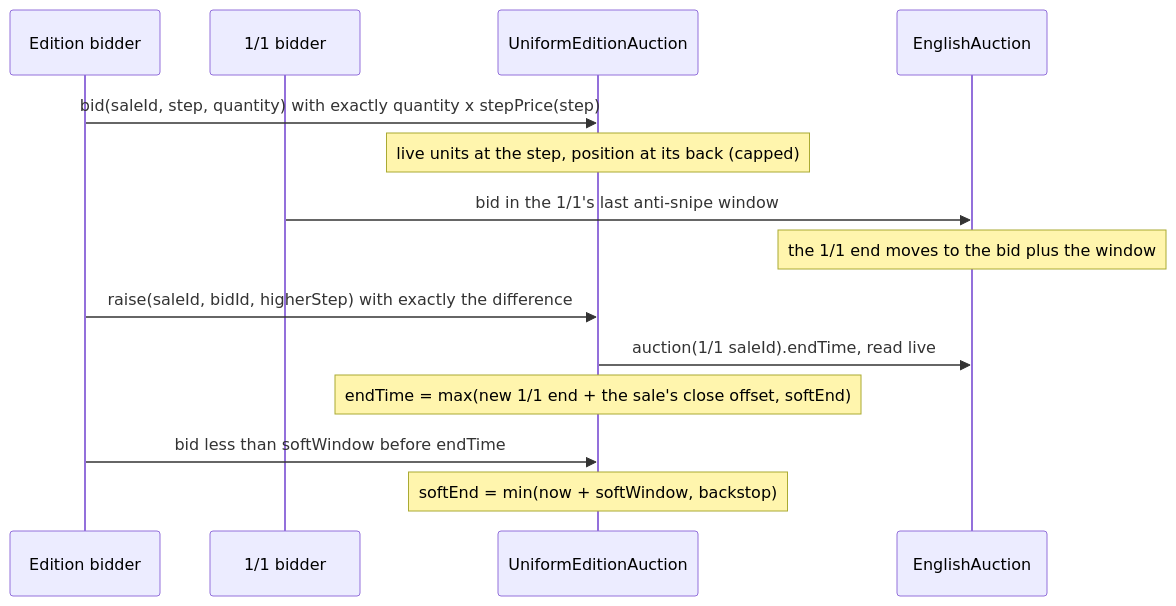
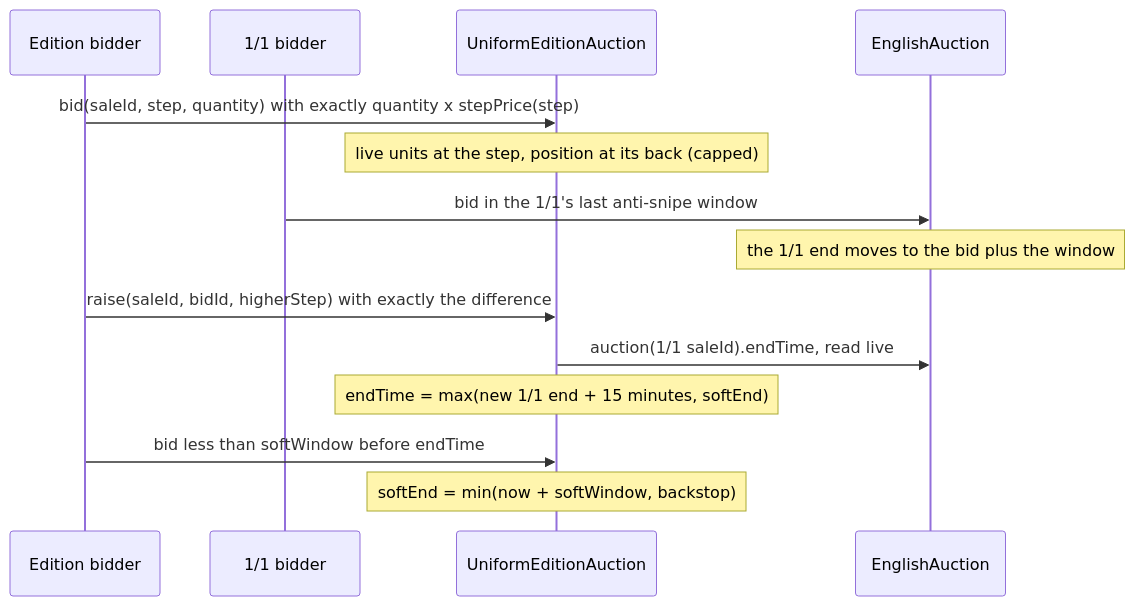
Before and after one commit to 6529-Collections/6529-works: the sixth of 9 diagrams in docs/spec/editions-and-sales.md, drawn with Mermaid. The commit also changed other lines of this file and 352 other files, not shown here.

````diff
--- a/docs/spec/editions-and-sales.md
+++ b/docs/spec/editions-and-sales.md
@@ -634,16 +624,16 @@
 ```mermaid
 sequenceDiagram
     participant Bidder as Edition bidder
     participant Collector as 1/1 bidder
     participant EA as UniformEditionAuction
     participant Auction as EnglishAuction
     Bidder->>EA: bid(saleId, step, quantity) with exactly quantity x stepPrice(step)
     Note over EA: live units at the step, position at its back (capped)
     Collector->>Auction: bid in the 1/1's last anti-snipe window
     Note over Auction: the 1/1 end moves to the bid plus the window
     Bidder->>EA: raise(saleId, bidId, higherStep) with exactly the difference
     EA->>Auction: auction(1/1 saleId).endTime, read live
-    Note over EA: endTime = max(new 1/1 end + the sale's close offset, softEnd)
+    Note over EA: endTime = max(new 1/1 end + 15 minutes, softEnd)
     Bidder->>EA: bid less than softWindow before endTime
     Note over EA: softEnd = min(now + softWindow, backstop)
 ```
````
